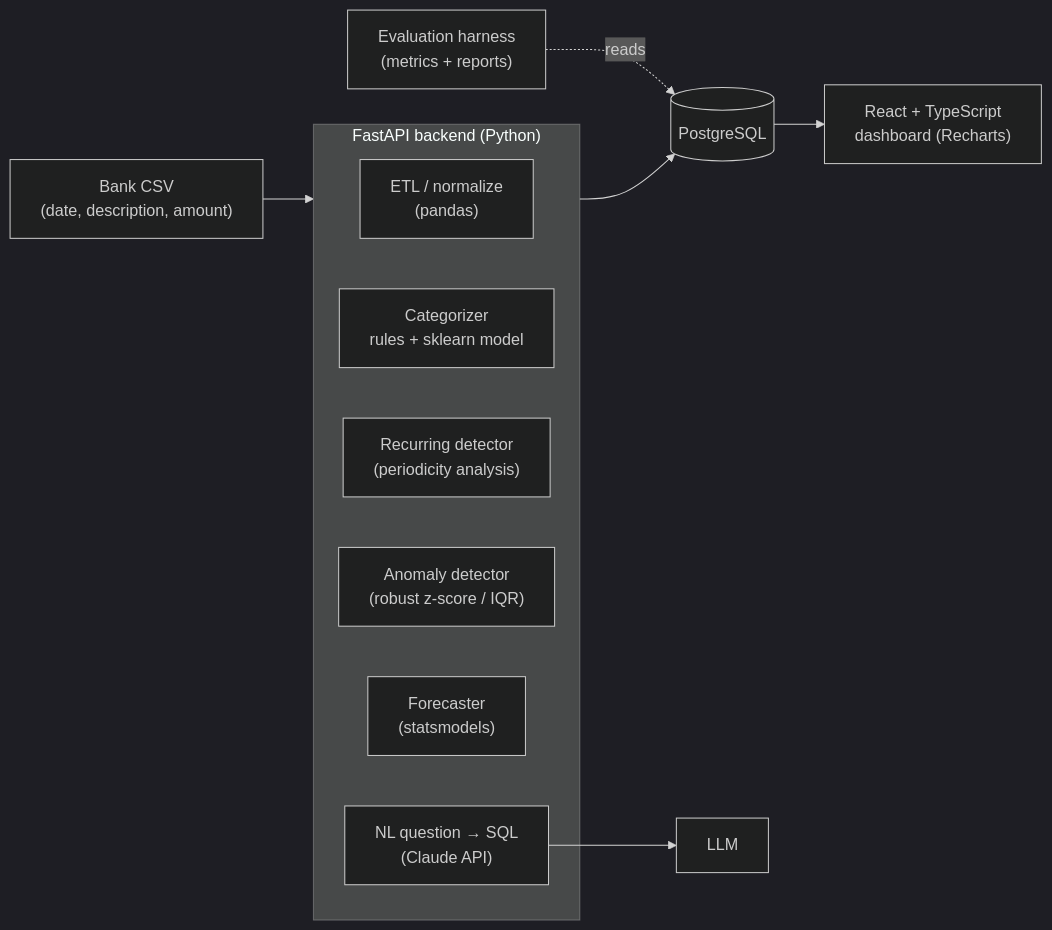
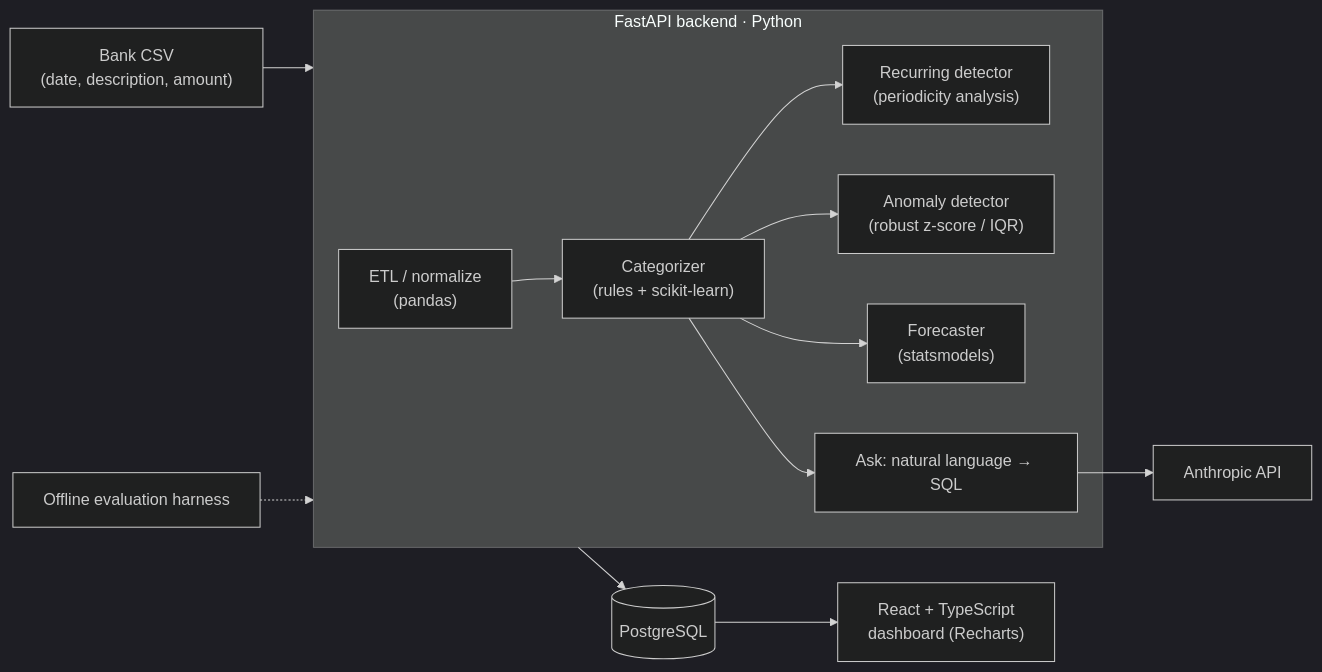
Before and after one commit to Aimanhakeemi/finscope: the diagram in README.md, drawn with Mermaid (dark theme). The commit also changed other lines of this file, not shown here.

Commit message:
docs: portfolio README with screenshots and real eval numbers

````diff
--- a/README.md
+++ b/README.md
@@ -41,16 +49,15 @@
 ```mermaid
 flowchart LR
-    CSV["Bank CSV\n(date, description, amount)"] --> API
-    subgraph API["FastAPI backend (Python)"]
-        ETL["ETL / normalize\n(pandas)"]
-        CAT["Categorizer\nrules + sklearn model"]
-        REC["Recurring detector\n(periodicity analysis)"]
-        ANOM["Anomaly detector\n(robust z-score / IQR)"]
-        FC["Forecaster\n(statsmodels)"]
-        NLQ["NL question → SQL\n(Claude API)"]
+    CSV["Bank CSV<br/>(date, description, amount)"] --> API
+    subgraph API["FastAPI backend · Python"]
+        ETL["ETL / normalize<br/>(pandas)"] --> CAT["Categorizer<br/>(rules + scikit-learn)"]
+        CAT --> REC["Recurring detector<br/>(periodicity analysis)"]
+        CAT --> ANOM["Anomaly detector<br/>(robust z-score / IQR)"]
+        CAT --> FC["Forecaster<br/>(statsmodels)"]
+        CAT --> NLQ["Ask: natural language → SQL"]
     end
     API --> DB[("PostgreSQL")]
-    DB --> WEB["React + TypeScript\ndashboard (Recharts)"]
-    NLQ --> LLM
-    EVAL["Evaluation harness\n(metrics + reports)"] -.reads.-> DB
+    DB --> WEB["React + TypeScript<br/>dashboard (Recharts)"]
+    NLQ --> LLM["Anthropic API"]
+    EVAL["Offline evaluation harness"] -.-> API
 ```
````
